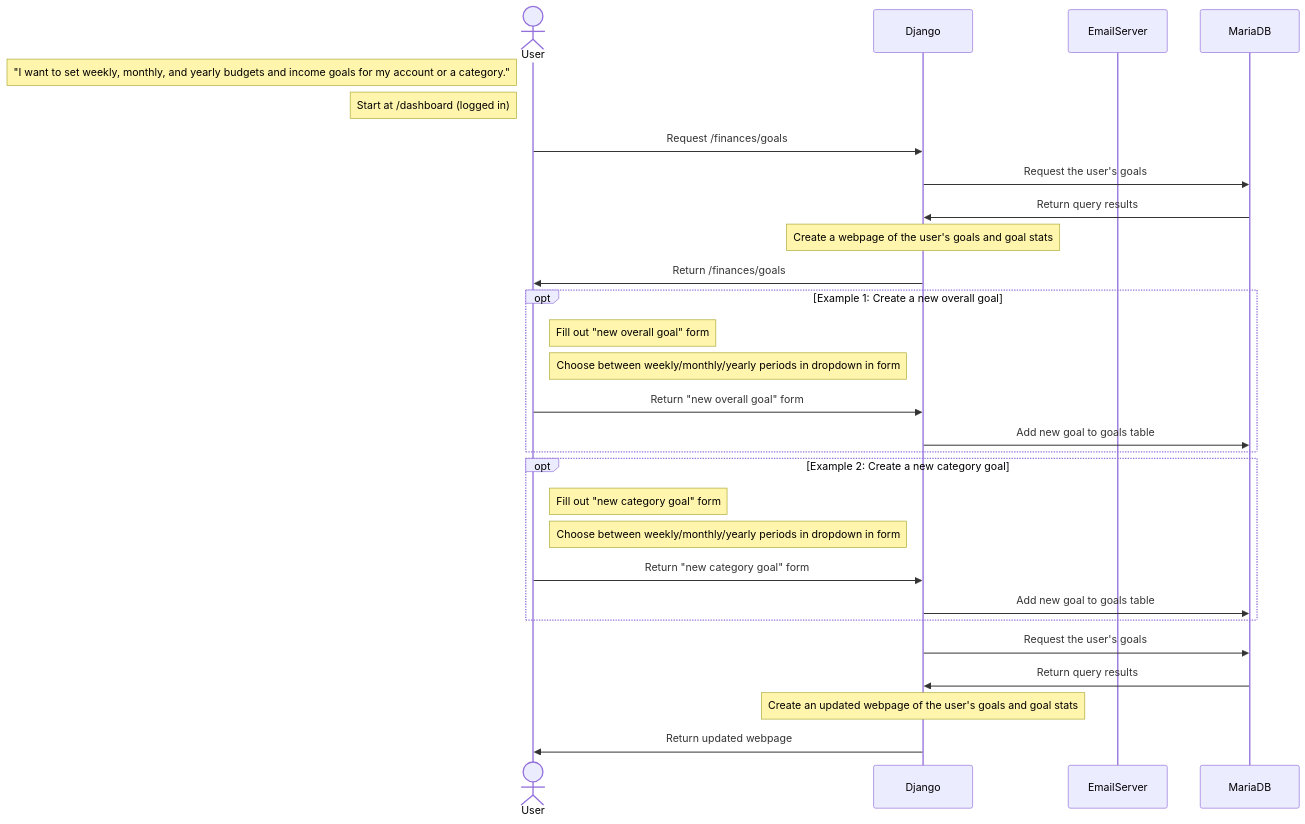
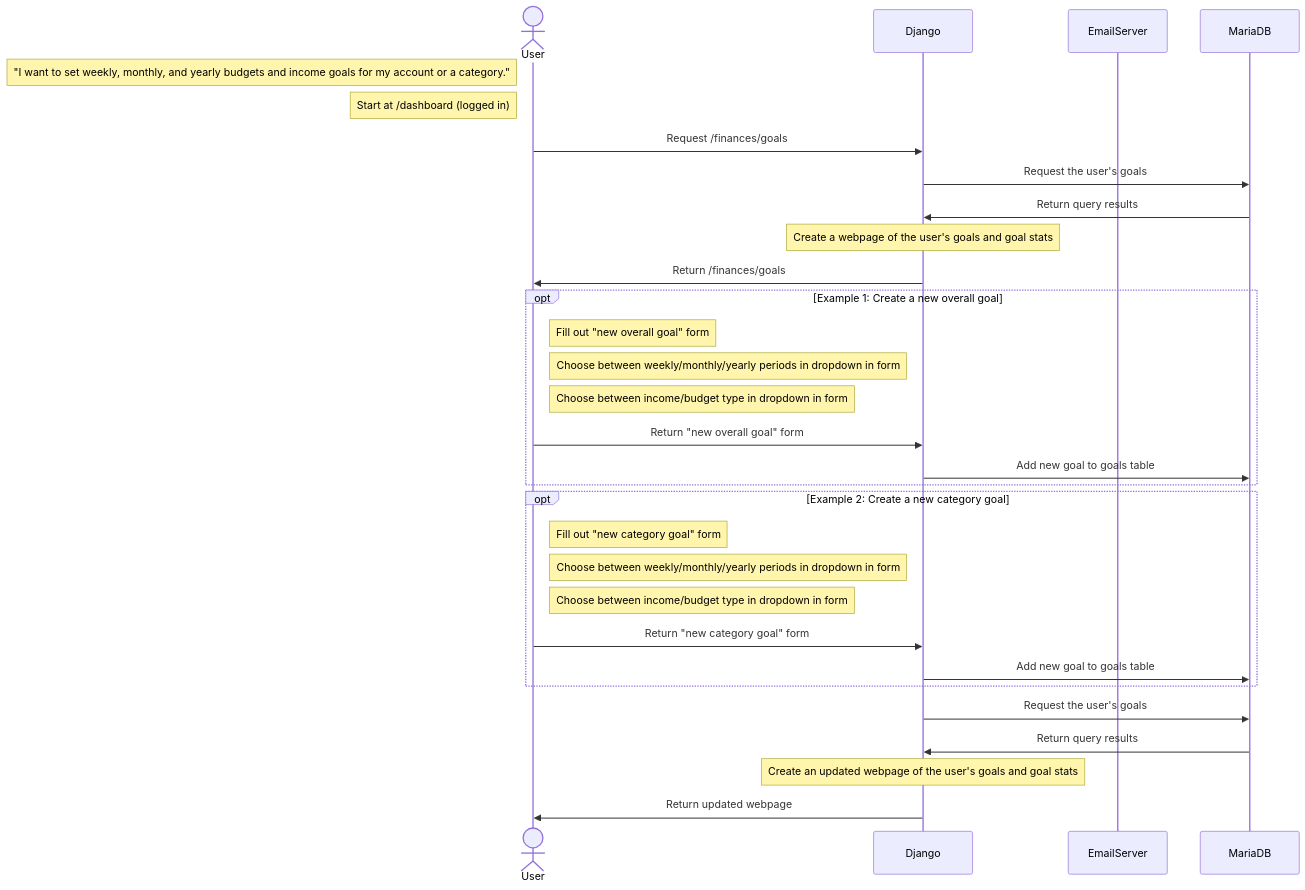
The diagram in docs/use_case_sequences/income_goals.mermaid (familycrest/personal-finance-tracker), drawn with Mermaid before and after one commit.

Commit message:
illustrate choosing income/budget goal

```diff
--- a/docs/use_case_sequences/income_goals.mermaid
+++ b/docs/use_case_sequences/income_goals.mermaid
@@ -1,39 +1,41 @@
 sequenceDiagram
     actor User
     participant Django
     participant EmailServer
     participant MariaDB
 
     Note left of User: "I want to set weekly, monthly, and yearly budgets and income goals for my account or a category."
     Note left of User: Start at /dashboard (logged in)
     
     User->>Django: Request /finances/goals
     Django->>MariaDB: Request the user's goals
     MariaDB->>Django: Return query results
 
     Note over Django: Create a webpage of the user's goals and goal stats
 
     Django->>User: Return /finances/goals
     
     opt Example 1: Create a new overall goal
         Note right of User: Fill out "new overall goal" form
         Note right of User: Choose between weekly/monthly/yearly periods in dropdown in form
+        Note right of User: Choose between income/budget type in dropdown in form
             
         User->>Django: Return "new overall goal" form
         Django->>MariaDB: Add new goal to goals table
     end
 
     opt Example 2: Create a new category goal
         Note right of User: Fill out "new category goal" form
         Note right of User: Choose between weekly/monthly/yearly periods in dropdown in form
+        Note right of User: Choose between income/budget type in dropdown in form
             
         User->>Django: Return "new category goal" form
         Django->>MariaDB: Add new goal to goals table
     end
     
     Django->>MariaDB: Request the user's goals
     MariaDB->>Django: Return query results
     
     Note over Django: Create an updated webpage of the user's goals and goal stats
 
     Django->>User: Return updated webpage
```
